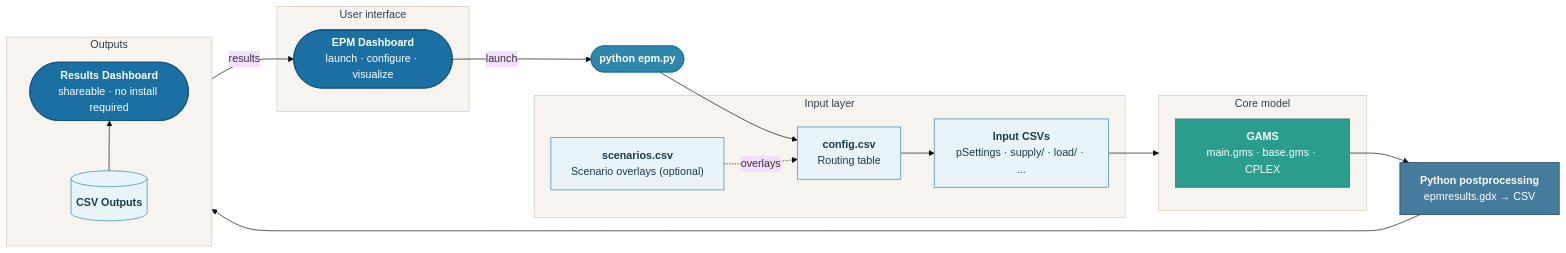
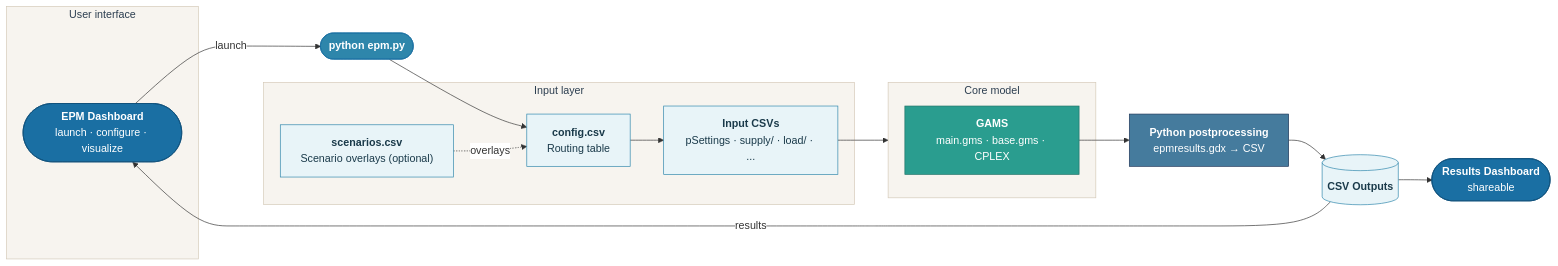
One commit to ESMAP-World-Bank-Group/EPM changed the diagram in docs/introduction/tempo.md. Above: the diagram before and after it, drawn with Mermaid.

````diff
--- a/docs/introduction/tempo.md
+++ b/docs/introduction/tempo.md
@@ -3,56 +3,52 @@
 ```mermaid
-%%{init: {'theme': 'base', 'themeVariables': {'fontSize': '16px'}}}%%
+%%{init: {'theme': 'default', 'themeVariables': {'fontSize': '16px', 'edgeLabelBackground': '#ffffff'}}}%%
 flowchart LR
     subgraph ui ["User interface"]
         DASH(["<b>EPM Dashboard</b>\nlaunch · configure · visualize"])
     end
 
     CLI(["<b>python epm.py</b>"])
 
     subgraph inputs ["Input layer"]
         CONFIG["<b>config.csv</b>\nRouting table"]
         SCEN["<b>scenarios.csv</b>\nScenario overlays (optional)"]
         CSV["<b>Input CSVs</b>\npSettings · supply/ · load/ · ..."]
     end
 
     subgraph core ["Core model"]
         GAMS["<b>GAMS</b>\nmain.gms · base.gms · CPLEX"]
     end
 
     POST["<b>Python postprocessing</b>\nepmresults.gdx → CSV"]
-
-    subgraph outputs ["Outputs"]
-        direction BT
-        OUT[("<b>CSV Outputs</b>")]
-        RDASH(["<b>Results Dashboard</b>\nshareable · no install required"])
-    end
+    OUT[("<b>CSV Outputs</b>")]
+    RDASH(["<b>Results Dashboard</b>\nshareable"])
 
     DASH -->|launch| CLI
     CLI --> CONFIG
     SCEN -.->|overlays| CONFIG
     CONFIG --> CSV
     CSV --> core
     GAMS --> POST
     POST --> OUT
     OUT -->|results| DASH
     OUT --> RDASH
 
     classDef dashboard fill:#1a6fa3,stroke:#0d4f7a,color:#fff
     classDef cli fill:#2e86ab,stroke:#1a6fa3,color:#fff
     classDef inputNode fill:#e8f4f8,stroke:#2e86ab,color:#1a3a4a
     classDef coreNode fill:#2a9d8f,stroke:#1f7268,color:#fff
     classDef postNode fill:#457b9d,stroke:#1d3557,color:#fff
     classDef outNode fill:#1d3557,stroke:#0d2035,color:#fff
 
     class DASH,RDASH dashboard
     class CLI cli
     class CONFIG,SCEN,CSV inputNode
     class GAMS coreNode
     class POST postNode
     class OUT inputNode
 
     style ui fill:#f7f4ef,stroke:#d4c9b8,color:#2c3e50
     style inputs fill:#f7f4ef,stroke:#d4c9b8,color:#2c3e50
     style core fill:#f7f4ef,stroke:#d4c9b8,color:#2c3e50
-    style outputs fill:#f7f4ef,stroke:#d4c9b8,color:#2c3e50
+
 ```
````
